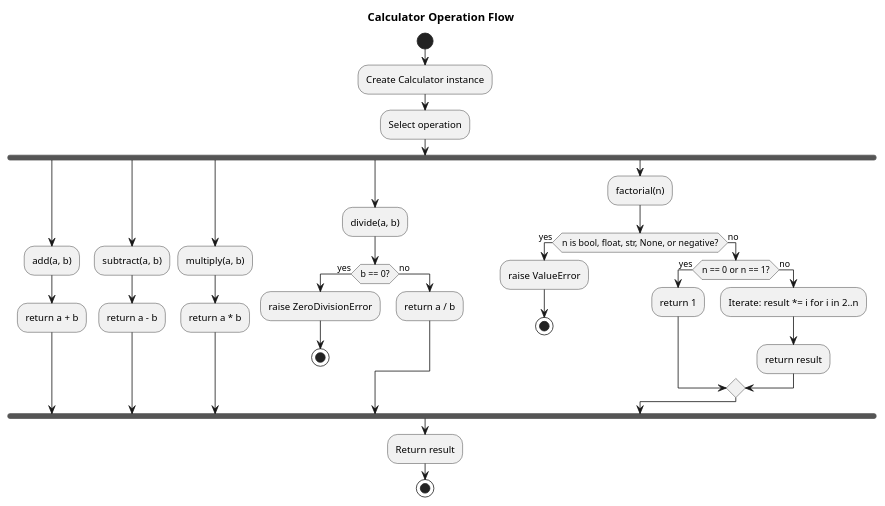
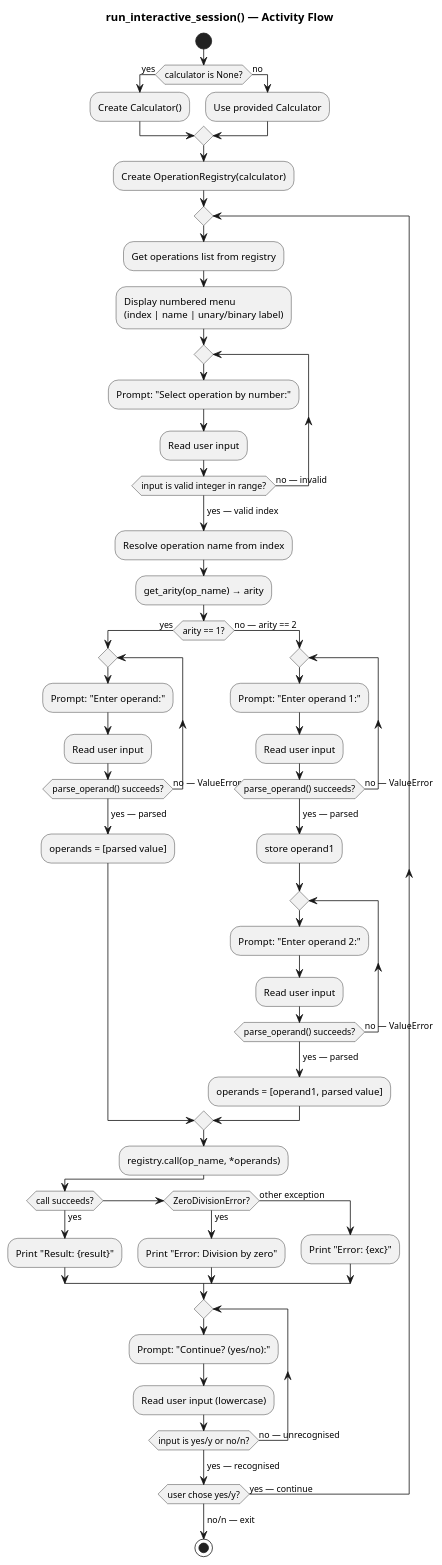
One commit to DanielRiha8906/Calculator_bachelor_autoevolution_team changed the diagram in artifacts/activity_diagram.puml. Above: the diagram before and after it, drawn with PlantUML. The commit also changed 3 other files, not shown here.

Commit message:
add PlantUML diagrams for interactive input feature

```diff
--- a/artifacts/activity_diagram.puml
+++ b/artifacts/activity_diagram.puml
@@ -1,46 +1,76 @@
 @startuml
-title Calculator Operation Flow
+title run_interactive_session() — Activity Flow
 
 start
 
-:Create Calculator instance;
+if (calculator is None?) then (yes)
+  :Create Calculator();
+else (no)
+  :Use provided Calculator;
+endif
 
-:Select operation;
+:Create OperationRegistry(calculator);
 
-fork
-  :add(a, b);
-  :return a + b;
-fork again
-  :subtract(a, b);
-  :return a - b;
-fork again
-  :multiply(a, b);
-  :return a * b;
-fork again
-  :divide(a, b);
-  if (b == 0?) then (yes)
-    :raise ZeroDivisionError;
-    stop
-  else (no)
-    :return a / b;
+repeat
+
+  :Get operations list from registry;
+  :Display numbered menu\n(index | name | unary/binary label);
+
+  repeat
+    :Prompt: "Select operation by number:";
+    :Read user input;
+  repeat while (input is valid integer in range?) is (no — invalid)
+  -> yes — valid index;
+
+  :Resolve operation name from index;
+  :get_arity(op_name) → arity;
+
+  if (arity == 1?) then (yes)
+
+    repeat
+      :Prompt: "Enter operand:";
+      :Read user input;
+    repeat while (parse_operand() succeeds?) is (no — ValueError)
+    -> yes — parsed;
+    :operands = [parsed value];
+
+  else (no — arity == 2)
+
+    repeat
+      :Prompt: "Enter operand 1:";
+      :Read user input;
+    repeat while (parse_operand() succeeds?) is (no — ValueError)
+    -> yes — parsed;
+    :store operand1;
+
+    repeat
+      :Prompt: "Enter operand 2:";
+      :Read user input;
+    repeat while (parse_operand() succeeds?) is (no — ValueError)
+    -> yes — parsed;
+    :operands = [operand1, parsed value];
+
   endif
-fork again
-  :factorial(n);
-  if (n is bool, float, str, None, or negative?) then (yes)
-    :raise ValueError;
-    stop
-  else (no)
-    if (n == 0 or n == 1?) then (yes)
-      :return 1;
-    else (no)
-      :Iterate: result *= i for i in 2..n;
-      :return result;
-    endif
+
+  :registry.call(op_name, *operands);
+
+  if (call succeeds?) then (yes)
+    :Print "Result: {result}";
+  elseif (ZeroDivisionError?) then (yes)
+    :Print "Error: Division by zero";
+  else (other exception)
+    :Print "Error: {exc}";
   endif
-end fork
 
-:Return result;
+  repeat
+    :Prompt: "Continue? (yes/no):";
+    :Read user input (lowercase);
+  repeat while (input is yes/y or no/n?) is (no — unrecognised)
+  -> yes — recognised;
+
+repeat while (user chose yes/y?) is (yes — continue)
+-> no/n — exit;
 
 stop
 
 @enduml
```
